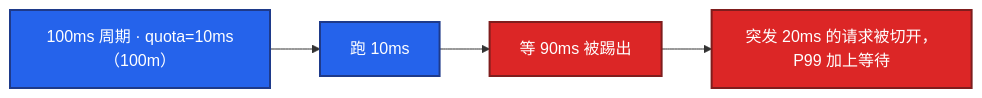
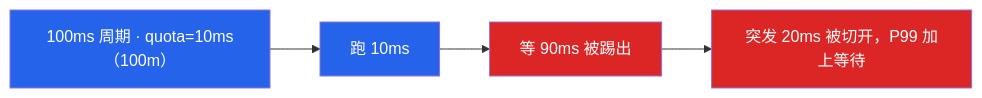
Before and after one commit to ml-cuizijun/LearnToLilith: the fourth of 8 diagrams in 02-基础底座/07-cgroup与容器/知识点.md, drawn with Mermaid. The commit also changed other lines of this file and 213 other files, not shown here.

````diff
--- a/02-基础底座/07-cgroup与容器/知识点.md
+++ b/02-基础底座/07-cgroup与容器/知识点.md
@@ -179,11 +150,11 @@
 ```mermaid
 flowchart LR
     A["100ms 周期 · quota=10ms（100m）"] --> B[跑 10ms]
     B --> C[等 90ms 被踢出]
-    C --> D[突发 20ms 的请求被切开，P99 加上等待]
+    C --> D[突发 20ms 被切开，P99 加上等待]
 
-    classDef a fill:#2563EB,stroke:#1E3A8A,stroke-width:2px,color:#fff
-    classDef b fill:#DC2626,stroke:#7F1D1D,stroke-width:2px,color:#fff
+    classDef a fill:#2563EB,color:#fff
+    classDef b fill:#DC2626,color:#fff
     class A,B a
     class C,D b
 ```
````
